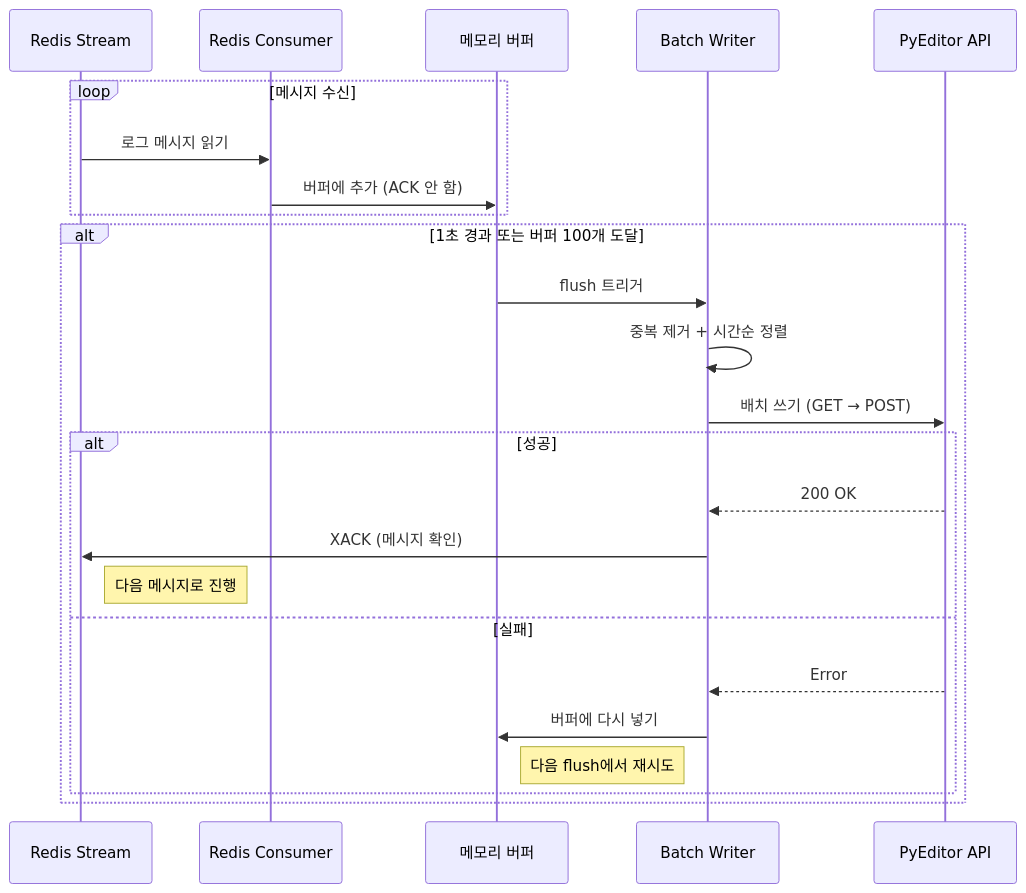
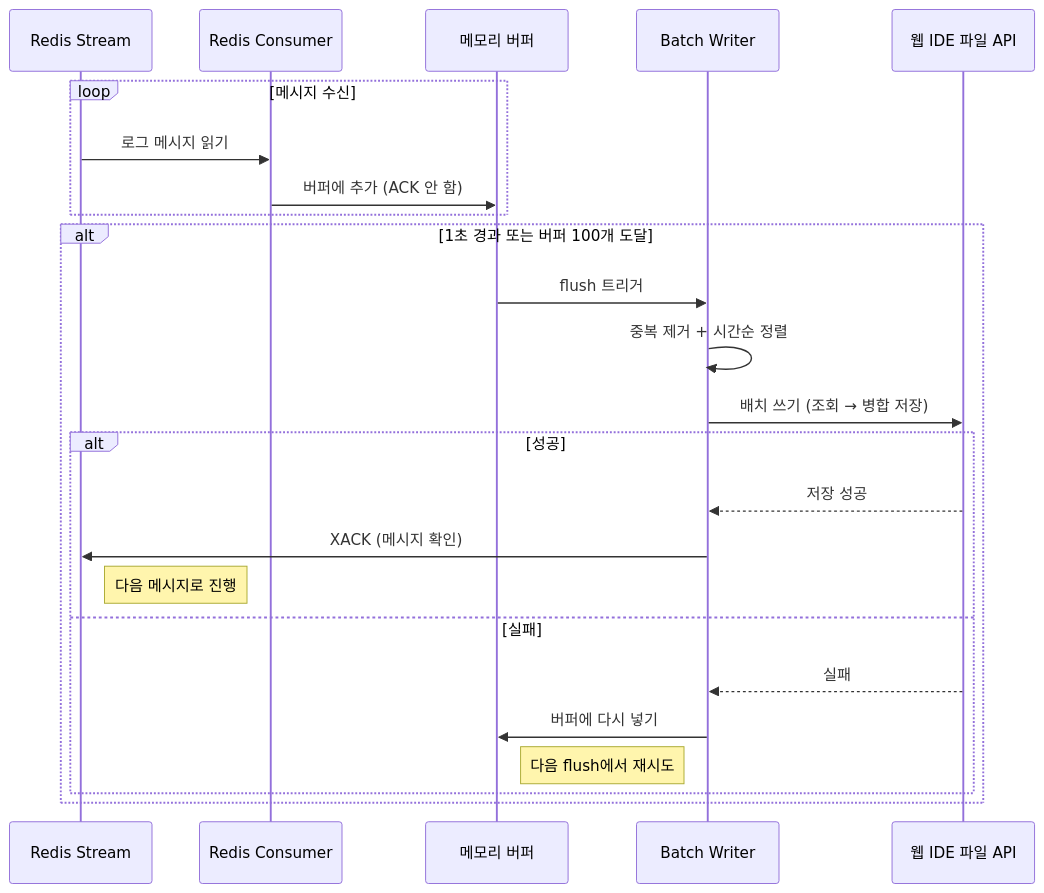
Before and after one commit to comsa33/porfolio-site: the diagram in public/architecture/pyrunner/batch-flow.mmd, drawn with Mermaid. The commit also changed 2 other files, not shown here.

Commit message:
fix: last internal names out of the diagrams
The log-pipeline diagram still addressed the internal editor service by
name ("PyEditor API") — meaningless to outsiders — and the evaluation
card's feature list carried an internal metric service name. Both are
now generic (web IDE file API / retrieval metrics), and the leak scan
that missed them is fixed: its directory-name filter was silently
excluding every file under the pyrunner/pyeditor diagram paths.

Claude-Session: https://claude.ai/code/session_01GcLH2k2u8aX6SVizsefAdU

```diff
--- a/public/architecture/pyrunner/batch-flow.mmd
+++ b/public/architecture/pyrunner/batch-flow.mmd
@@ -1,27 +1,27 @@
 sequenceDiagram
     participant Redis as Redis Stream
     participant Consumer as Redis Consumer
     participant Buffer as 메모리 버퍼
     participant Writer as Batch Writer
-    participant PyEditor as PyEditor API
+    participant Store as 웹 IDE 파일 API
 
     loop 메시지 수신
         Redis->>Consumer: 로그 메시지 읽기
         Consumer->>Buffer: 버퍼에 추가 (ACK 안 함)
     end
 
     alt 1초 경과 또는 버퍼 100개 도달
         Buffer->>Writer: flush 트리거
         Writer->>Writer: 중복 제거 + 시간순 정렬
-        Writer->>PyEditor: 배치 쓰기 (GET → POST)
+        Writer->>Store: 배치 쓰기 (조회 → 병합 저장)
         
         alt 성공
-            PyEditor-->>Writer: 200 OK
+            Store-->>Writer: 저장 성공
             Writer->>Redis: XACK (메시지 확인)
             Note right of Redis: 다음 메시지로 진행
         else 실패
-            PyEditor-->>Writer: Error
+            Store-->>Writer: 실패
             Writer->>Buffer: 버퍼에 다시 넣기
             Note right of Buffer: 다음 flush에서 재시도
         end
     end
```
